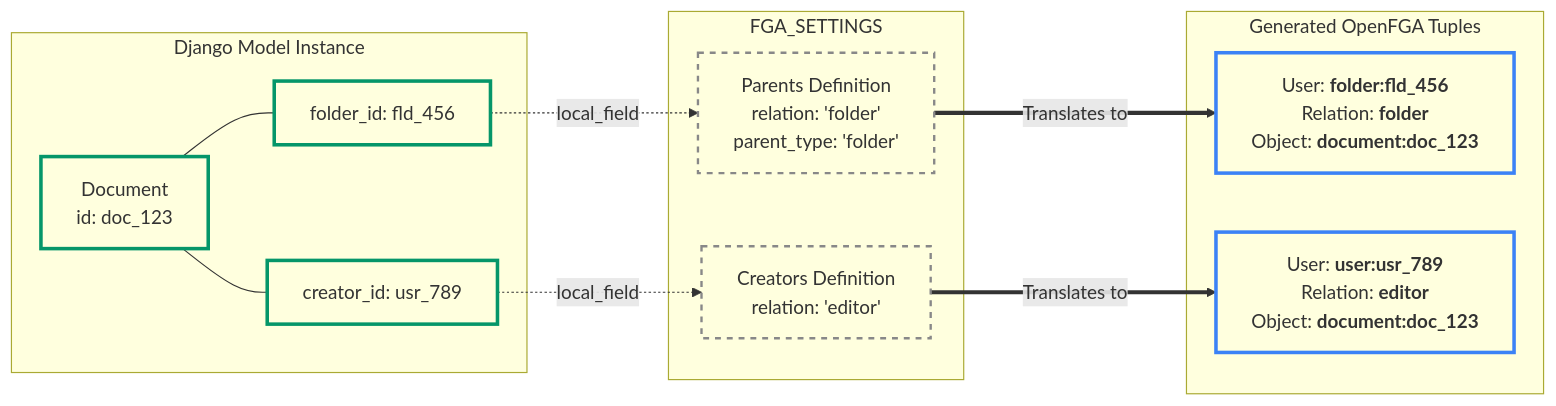
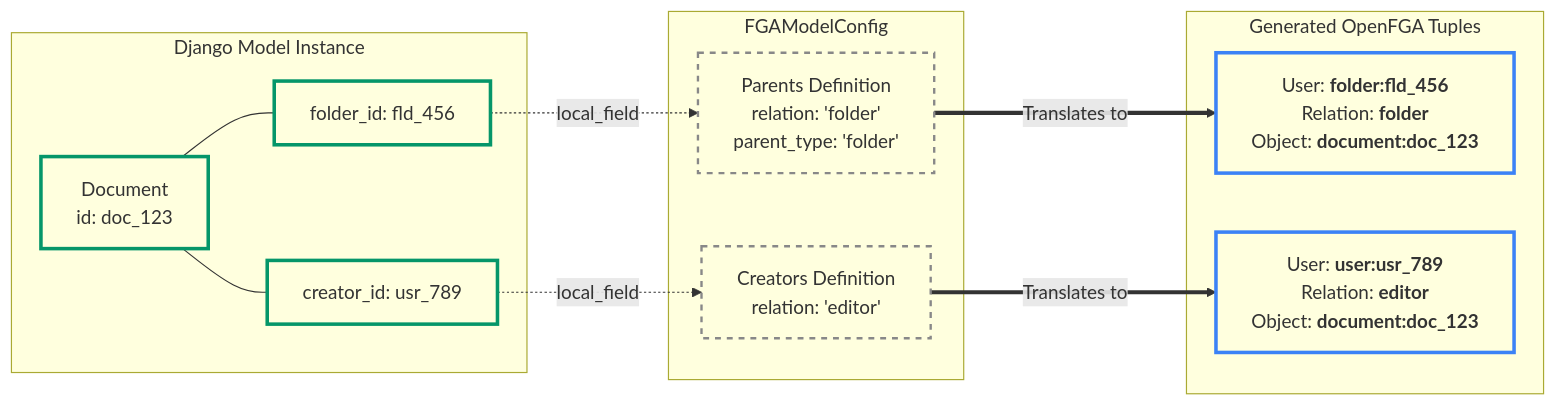
Before and after one commit to aerosadegh/django-fga-data-sync: the first of 2 diagrams in docs/examples/models.md, drawn with Mermaid. The commit also changed other lines of this file and 7 other files, not shown here.

````diff
--- a/docs/examples/models.md
+++ b/docs/examples/models.md
@@ -72,35 +76,35 @@
 ```mermaid
 %%{
   init: {
     'fontFamily': 'Roboto, sans-serif'
   }
 }%%
 graph LR
     %% Light/Dark Mode Compatible Styling
     classDef django fill:none,stroke:#059669,stroke-width:3px
     classDef mapping fill:none,stroke:#888888,stroke-width:2px,stroke-dasharray: 5 5
     classDef fga fill:none,stroke:#3b82f6,stroke-width:3px
 
     subgraph Django Model Instance
         D[Document<br/>id: doc_123]:::django
         F[folder_id: fld_456]:::django
         C[creator_id: usr_789]:::django
         D --- F
         D --- C
     end
 
-    subgraph FGA_SETTINGS
+    subgraph FGAModelConfig
         P_Map[Parents Definition<br/>relation: 'folder'<br/>parent_type: 'folder']:::mapping
         C_Map[Creators Definition<br/>relation: 'editor']:::mapping
         F -.->|local_field| P_Map
         C -.->|local_field| C_Map
     end
 
     subgraph Generated OpenFGA Tuples
         T1["User: <b>folder:fld_456</b><br/>Relation: <b>folder</b><br/>Object: <b>document:doc_123</b>"]:::fga
         T2["User: <b>user:usr_789</b><br/>Relation: <b>editor</b><br/>Object: <b>document:doc_123</b>"]:::fga
     end
 
     P_Map ===>|Translates to| T1
     C_Map ===>|Translates to| T2
 ```
````
